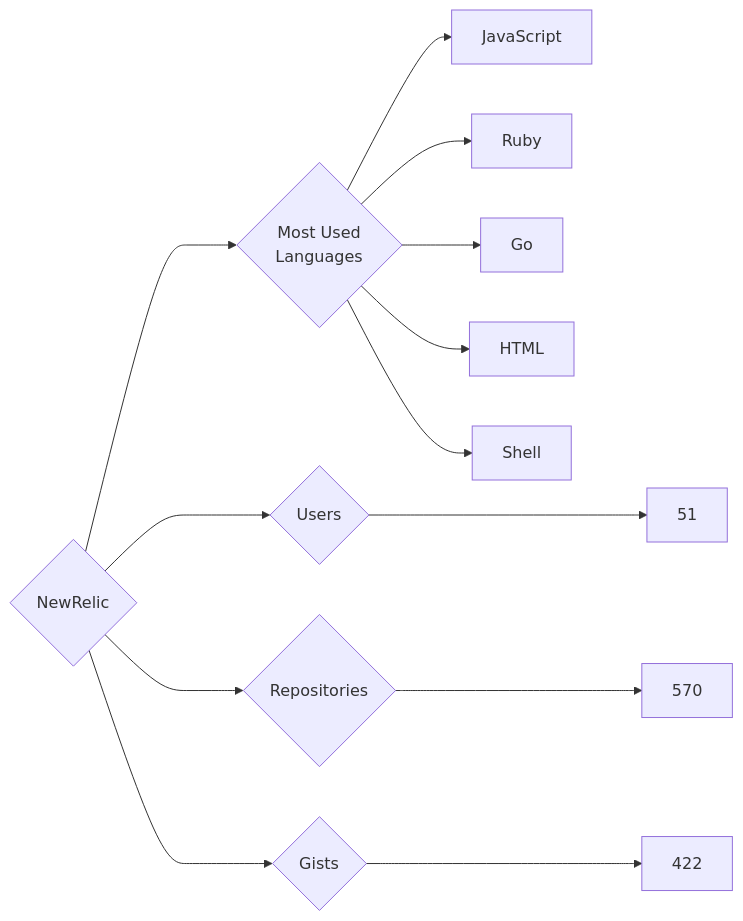
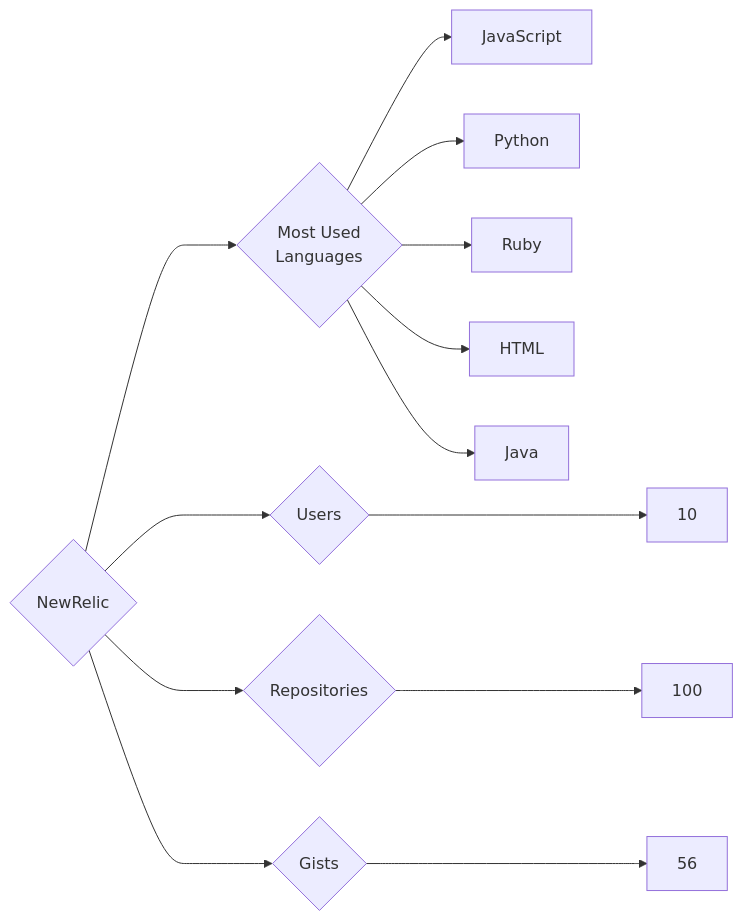
The diagram in targets/NewRelic/README.md (trickest/insiders), drawn with Mermaid before and after one commit. The commit also changed 1496 other files, not shown here.

````diff
--- a/targets/NewRelic/README.md
+++ b/targets/NewRelic/README.md
@@ -3,13 +3,13 @@
 ```mermaid
 graph LR
 COMPANY_NAME{NewRelic}
-COMPANY_NAME ---> U{Users} ---> UN[51]
-COMPANY_NAME ---> R{Repositories} ---> RN[570]
-COMPANY_NAME ---> G{Gists} ---> GN[422]
+COMPANY_NAME ---> U{Users} ---> UN[10]
+COMPANY_NAME ---> R{Repositories} ---> RN[100]
+COMPANY_NAME ---> G{Gists} ---> GN[56]
 COMPANY_NAME ---> ML{Most Used<br>Languages}
 ML --> JavaScript[JavaScript]
+ML --> Python[Python]
 ML --> Ruby[Ruby]
-ML --> Go[Go]
 ML --> HTML[HTML]
-ML --> Shell[Shell]
+ML --> Java[Java]
 ```
````
